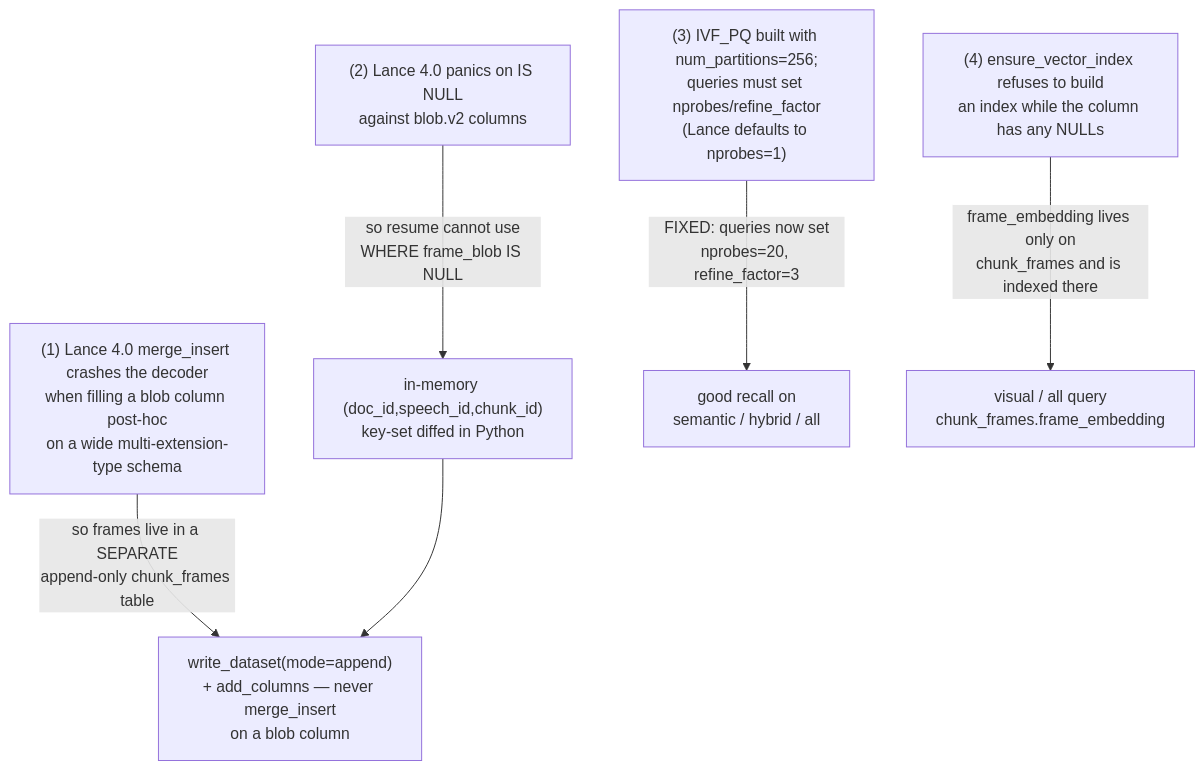
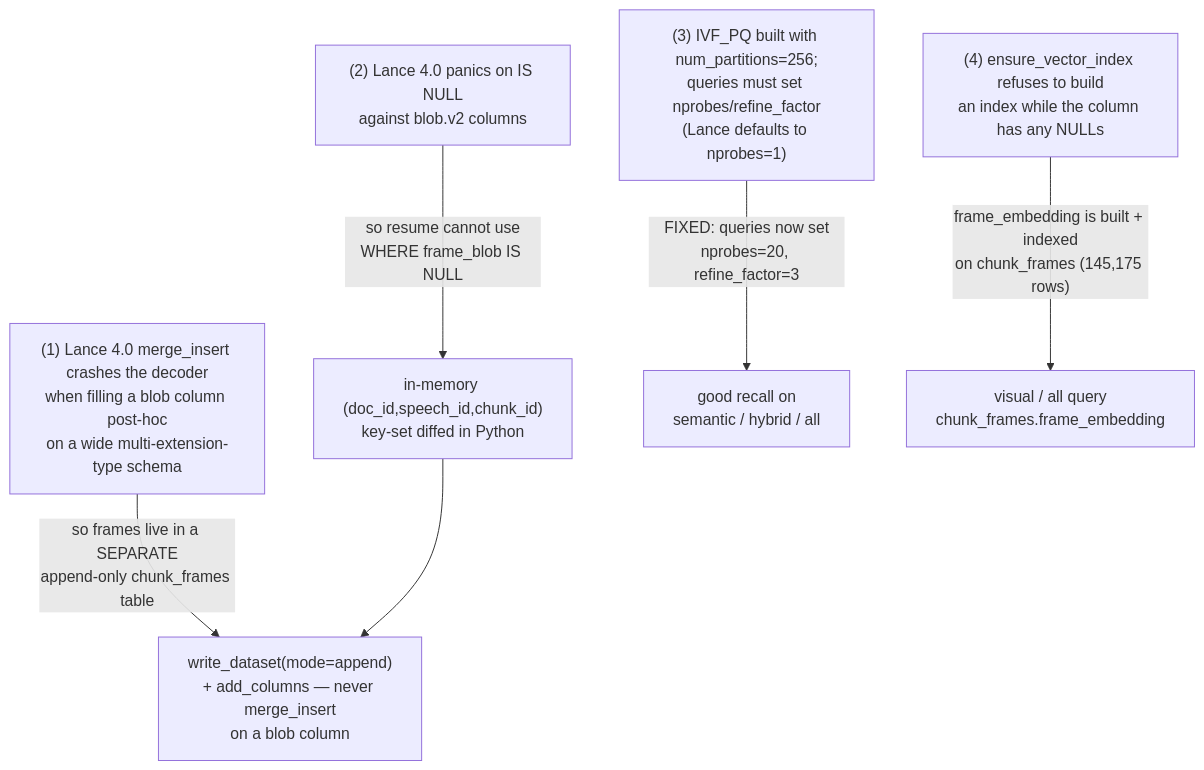
The first of 2 diagrams in docs/INVESTIGATION.md (Borg93/lance-audio-demo), drawn with Mermaid before and after one commit. The commit also changed other lines of this file and 29 other files, not shown here.

First line of the commit message:
Embedding Atlas: WebGPU scatter, EVōC text+visual projections, cross-filter

````diff
--- a/docs/INVESTIGATION.md
+++ b/docs/INVESTIGATION.md
@@ -24,14 +27,14 @@
 ```mermaid
 flowchart TD
     A1["(1) Lance 4.0 merge_insert crashes the decoder<br/>when filling a blob column post-hoc<br/>on a wide multi-extension-type schema"]
     A2["(2) Lance 4.0 panics on IS NULL<br/>against blob.v2 columns"]
     A3["(3) IVF_PQ built with num_partitions=256;<br/>queries must set nprobes/refine_factor<br/>(Lance defaults to nprobes=1)"]
     A4["(4) ensure_vector_index refuses to build<br/>an index while the column has any NULLs"]
 
     A1 -->|"so frames live in a SEPARATE<br/>append-only chunk_frames table"| B1["write_dataset(mode=append)<br/>+ add_columns — never merge_insert<br/>on a blob column"]
     A2 -->|"so resume cannot use<br/>WHERE frame_blob IS NULL"| B2["in-memory (doc_id,speech_id,chunk_id)<br/>key-set diffed in Python"]
     A3 -->|"FIXED: queries now set<br/>nprobes=20, refine_factor=3"| B3["good recall on<br/>semantic / hybrid / all"]
-    A4 -->|"frame_embedding lives only on<br/>chunk_frames and is indexed there"| B4["visual / all query<br/>chunk_frames.frame_embedding"]
+    A4 -->|"frame_embedding is built + indexed<br/>on chunk_frames (145,175 rows)"| B4["visual / all query<br/>chunk_frames.frame_embedding"]
 
     B2 --> B1
 ```
````
